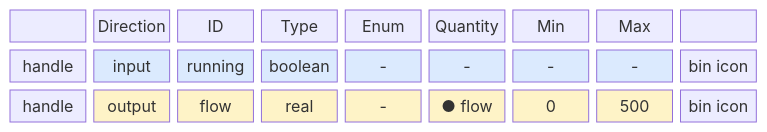
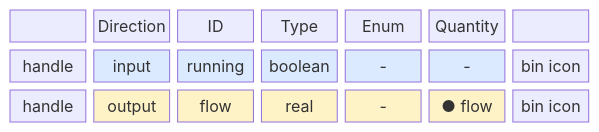
Before and after one commit to AlexandreGallais/synoptic-studio-spec: the second of 3 diagrams in metadata/04-signals.md, drawn with Mermaid. The commit also changed other lines of this file and 11 other files, not shown here.

````diff
--- a/metadata/04-signals.md
+++ b/metadata/04-signals.md
@@ -105,21 +107,17 @@
 ```mermaid
 block-beta
-    columns 9
-    h0[" "] h8["Direction"] h1["ID"] h2["Type"] h3["Enum"] h4["Quantity"] h6["Min"] h7["Max"] h9[" "]
-    r0["handle"] r8["input"] r1["running"] r2["boolean"] r3["-"] r4["-"] r6["-"] r7["-"] r9["bin icon"]
-    s0["handle"] s8["output"] s1["flow"] s2["real"] s3["-"] s4["● flow"] s6["0"] s7["500"] s9["bin icon"]
+    columns 7
+    h0[" "] h8["Direction"] h1["ID"] h2["Type"] h3["Enum"] h4["Quantity"] h9[" "]
+    r0["handle"] r8["input"] r1["running"] r2["boolean"] r3["-"] r4["-"] r9["bin icon"]
+    s0["handle"] s8["output"] s1["flow"] s2["real"] s3["-"] s4["● flow"] s9["bin icon"]
     style r8 fill:#dbeafe
     style r1 fill:#dbeafe
     style r2 fill:#dbeafe
     style r3 fill:#dbeafe
     style r4 fill:#dbeafe
-    style r6 fill:#dbeafe
-    style r7 fill:#dbeafe
     style s8 fill:#fef3c7
     style s1 fill:#fef3c7
     style s2 fill:#fef3c7
     style s3 fill:#fef3c7
     style s4 fill:#fef3c7
-    style s6 fill:#fef3c7
-    style s7 fill:#fef3c7
 ```
````
